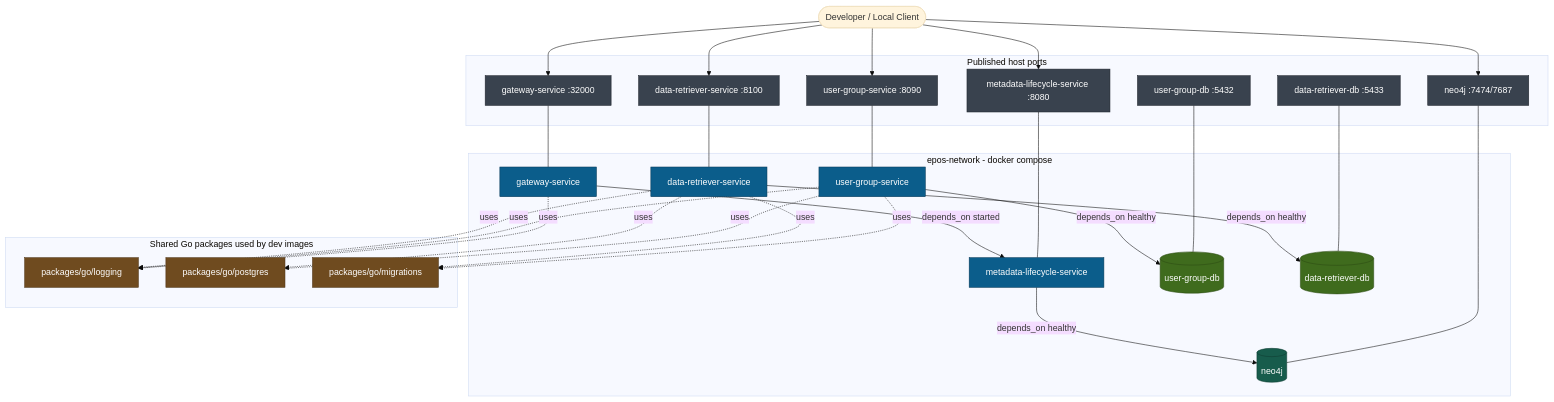
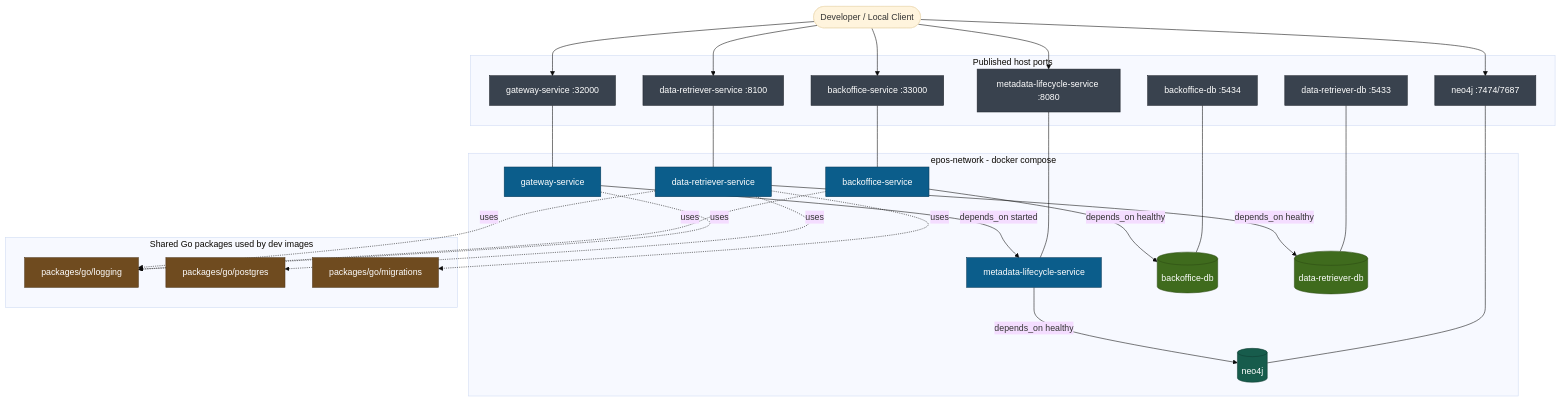
One commit to EPOS-ERIC/epos-platform changed the diagram in README.md. Above: the diagram before and after it, drawn with Mermaid (base theme). The commit also changed other lines of this file and 11 other files, not shown here.

````diff
--- a/README.md
+++ b/README.md
@@ -18,72 +19,70 @@
 ```mermaid
 flowchart TB
     %% Based on docker/compose.dev.yaml and Tilt image wiring
 
     DEV([Developer / Local Client])
 
     subgraph EDGE[Published host ports]
         GWE[gateway-service :32000]
         MLE[metadata-lifecycle-service :8080]
-        UGE[user-group-service :8090]
+        BOE[backoffice-service :33000]
         DRE[data-retriever-service :8100]
         N4J[neo4j :7474/7687]
-        PUG[user-group-db :5432]
+        PBO[backoffice-db :5434]
         PDR[data-retriever-db :5433]
     end
 
     subgraph NET["epos-network - docker compose"]
         GW[gateway-service]
         ML[metadata-lifecycle-service]
-        UG[user-group-service]
+        BO[backoffice-service]
         DR[data-retriever-service]
 
         NEO[(neo4j)]
-        UGDB[(user-group-db)]
+        BODB[(backoffice-db)]
         DRDB[(data-retriever-db)]
     end
 
     subgraph SHARED[Shared Go packages used by dev images]
         LOG[packages/go/logging]
         PG[packages/go/postgres]
         MIG[packages/go/migrations]
     end
 
     DEV --> GWE
     DEV --> MLE
-    DEV --> UGE
+    DEV --> BOE
     DEV --> DRE
     DEV --> N4J
 
     GWE --- GW
     MLE --- ML
-    UGE --- UG
+    BOE --- BO
     DRE --- DR
     N4J --- NEO
-    PUG --- UGDB
+    PBO --- BODB
     PDR --- DRDB
 
     GW -->|depends_on started| ML
-    UG -->|depends_on healthy| UGDB
+    BO -->|depends_on healthy| BODB
     DR -->|depends_on healthy| DRDB
     ML -->|depends_on healthy| NEO
 
     GW -. uses .-> LOG
-    UG -. uses .-> LOG
+    BO -. uses .-> LOG
     DR -. uses .-> LOG
-    UG -. uses .-> PG
     DR -. uses .-> PG
-    UG -. uses .-> MIG
     DR -. uses .-> MIG
 
     classDef svc fill:#0b5d8b,stroke:#083b59,color:#ffffff,stroke-width:1px;
     classDef infra fill:#175c4c,stroke:#0f3d32,color:#ffffff,stroke-width:1px;
     classDef db fill:#3f6b1d,stroke:#2d4c14,color:#ffffff,stroke-width:1px;
     classDef shared fill:#6f4b1f,stroke:#4f3516,color:#ffffff,stroke-width:1px;
     classDef edge fill:#39424e,stroke:#1f252d,color:#ffffff,stroke-width:1px;
 
-    class GW,ML,UG,DR svc;
+    class GW,ML,BO,DR svc;
     class NEO infra;
-    class UGDB,DRDB db;
+    class BODB,DRDB db;
     class LOG,PG,MIG shared;
-    class GWE,MLE,UGE,DRE,N4J,PUG,PDR edge;
+    class GWE,MLE,BOE,DRE,N4J,PBO,PDR edge;
 ```
````
